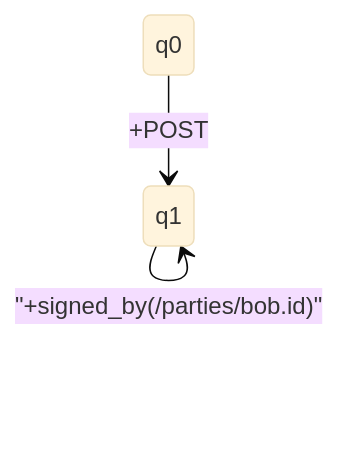
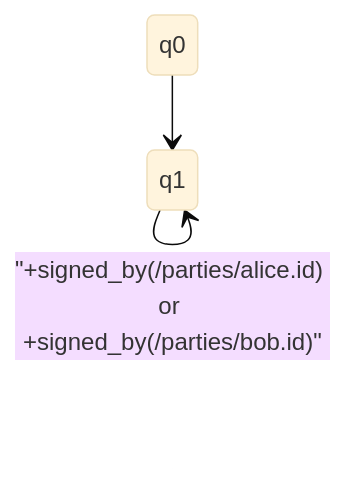
The second of 2 diagrams in docs/getting-started/first-contract.md (modality-org/modality), drawn with Mermaid (base theme) before and after one commit. The commit also changed other lines of this file and 8 other files, not shown here.

Commit message:
Refactor first contract model to remove POST transitions, allowing only signed transitions by Alice. Update documentation and tests to reflect changes in the contract model structure and ensure consistency across examples. Validate that synthesized models no longer include POST or references to Bob.

````diff
--- a/docs/getting-started/first-contract.md
+++ b/docs/getting-started/first-contract.md
@@ -521,6 +518,5 @@
 ```mermaid
 stateDiagram-v2
-    q0 --> q1 : +POST
-    q1 --> q1 : "+signed_by(/parties/alice.id)"
-    q1 --> q1 : "+signed_by(/parties/bob.id)"
+    q0 --> q1
+    q1 --> q1 : "+signed_by(/parties/alice.id) or +signed_by(/parties/bob.id)"
 ```
````
